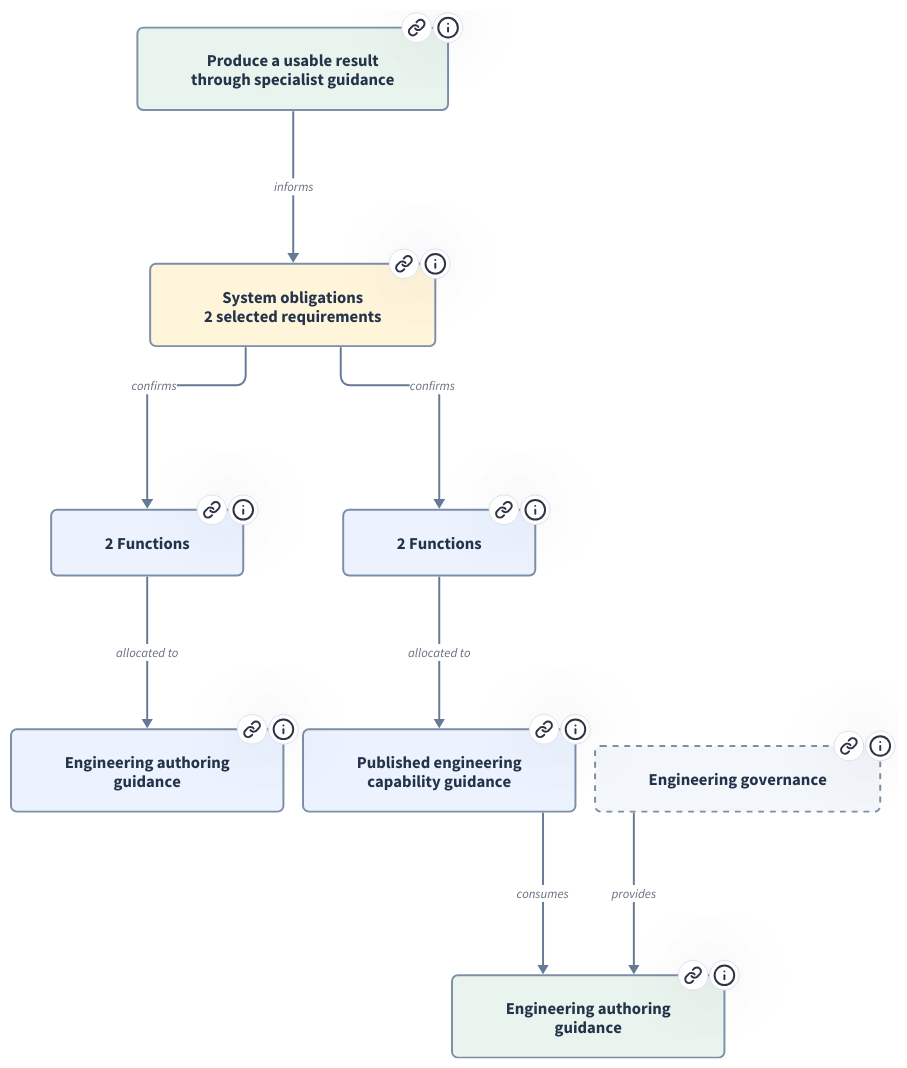
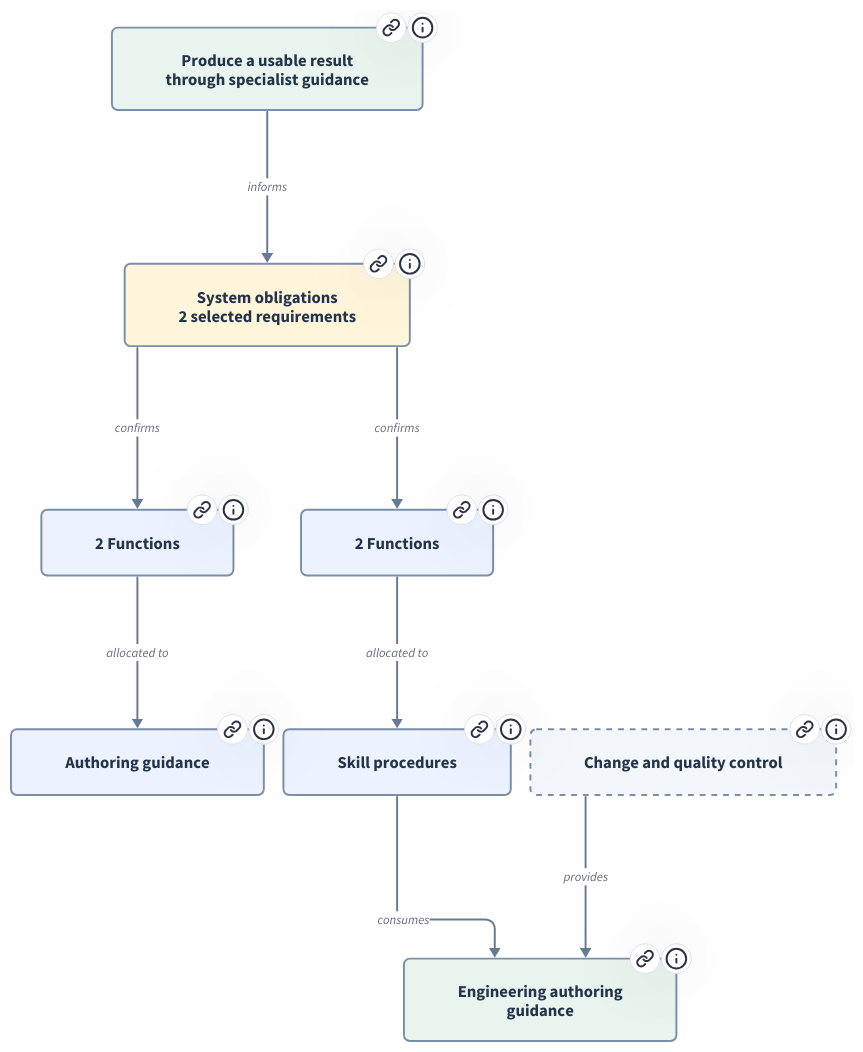
One commit to xiongxianfei/rigorloop changed the diagram in design/architecture/views/browser/diagrams/scenario-SCN-053.d2. Above: the diagram before and after it, drawn with D2. The commit also changed 378 other files, not shown here.

First line of the commit message:
Refine engineering design and architecture browser

```diff
--- a/design/architecture/views/browser/diagrams/scenario-SCN-053.d2
+++ b/design/architecture/views/browser/diagrams/scenario-SCN-053.d2
@@ -1,113 +1,113 @@
 # Generated from canonical REM records; do not edit.
-# Source identity: 2cf8f01cf8087e0b226dbd431d6452970b13954a16b84408d91173987708417e
+# Source identity: 3b423207b261cd33066f4517d60da462b029232e9d9a626120e9b455a4b27e5a
 # Traceability, not execution order. Requirement and behavior sets are collapsed by their exact accountable Module; arrows summarize the selected authored relationships. Dashed Modules provide contract context without receiving behavior allocations. The traceability details and source links below retain the selected entities and their authored basis.
 vars: {d2-config: {layout-engine: elk}}
 direction: down
 scenario: "Produce a usable result\nthrough specialist guidance" {
   link: "#scenario/SCN-053"
   tooltip: "Produce a usable result through specialist guidance (SCN-053)"
   style.fill: "#E9F4EE"
   style.stroke: "#7C8FA9"
   style.font-color: "#23334A"
   style.font-size: 17
   style.border-radius: 6
 }
 requirements: "System obligations\n2 selected requirements" {
   link: "#scenario/SCN-053"
   tooltip: "Guide specialist engineering work with usable scoped outputs (SR-053)\nPreserve guidance meaning and evidence quality across reading paths (SR-056)"
   style.fill: "#FFF5DB"
   style.stroke: "#7C8FA9"
   style.font-color: "#23334A"
   style.font-size: 17
   style.border-radius: 6
 }
 scenario -> requirements: "informs" {
   style.stroke: "#667A96"
   style.fill: "#FFFFFF"
   style.font-size: 13
 }
 m_4d4f442d30303866756e6374696f6e73: "2 Functions" {
   link: "#scenario/SCN-053"
   tooltip: "Select canonical guidance for an authoring activity (FUNC-032)\nExplain engineering authoring and correction steps (FUNC-033)"
   style.fill: "#ECF3FF"
   style.stroke: "#7C8FA9"
   style.font-color: "#23334A"
   style.font-size: 17
   style.border-radius: 6
 }
 requirements -> m_4d4f442d30303866756e6374696f6e73: "confirms" {
   style.stroke: "#667A96"
   style.fill: "#FFFFFF"
   style.font-size: 13
 }
 m_4d4f442d30303866756e6374696f6e73 -> m_4d4f442d303038: "allocated to" {
   style.stroke: "#667A96"
   style.fill: "#FFFFFF"
   style.font-size: 13
 }
 m_4d4f442d30313266756e6374696f6e73: "2 Functions" {
   link: "#scenario/SCN-053"
   tooltip: "Resolve resources for a selected capability path (FUNC-052)\nGuide a bounded specialist engineering activity (FUNC-053)"
   style.fill: "#ECF3FF"
   style.stroke: "#7C8FA9"
   style.font-color: "#23334A"
   style.font-size: 17
   style.border-radius: 6
 }
 requirements -> m_4d4f442d30313266756e6374696f6e73: "confirms" {
   style.stroke: "#667A96"
   style.fill: "#FFFFFF"
   style.font-size: 13
 }
 m_4d4f442d30313266756e6374696f6e73 -> m_4d4f442d303132: "allocated to" {
   style.stroke: "#667A96"
   style.fill: "#FFFFFF"
   style.font-size: 13
 }
-m_4d4f442d303038: "Engineering authoring\nguidance" {
+m_4d4f442d303038: "Authoring guidance" {
   link: "#module/MOD-008"
-  tooltip: "Engineering authoring guidance (MOD-008)"
+  tooltip: "Authoring guidance (MOD-008)"
   style.fill: "#ECF3FF"
   style.stroke: "#7C8FA9"
   style.font-color: "#23334A"
   style.font-size: 17
   style.border-radius: 6
 }
-m_4d4f442d303132: "Published engineering\ncapability guidance" {
+m_4d4f442d303132: "Skill procedures" {
   link: "#module/MOD-012"
-  tooltip: "Published engineering capability guidance (MOD-012)"
+  tooltip: "Skill procedures (MOD-012)"
   style.fill: "#ECF3FF"
   style.stroke: "#7C8FA9"
   style.font-color: "#23334A"
   style.font-size: 17
   style.border-radius: 6
 }
-m_4d4f442d303137: "Engineering governance" {
+m_4d4f442d303137: "Change and quality control" {
   link: "#module/MOD-017"
-  tooltip: "Engineering governance (MOD-017)"
+  tooltip: "Change and quality control (MOD-017)"
   style.fill: "#F3F6FA"
   style.stroke: "#7C8FA9"
   style.font-color: "#23334A"
   style.font-size: 17
   style.border-radius: 6
   style.stroke-dash: 3
 }
 m_49462d303038: "Engineering authoring\nguidance" {
   link: "#interface/IF-008"
   tooltip: "Applicable engineering authoring guidance (IF-008)"
   style.fill: "#E9F4EE"
   style.stroke: "#7C8FA9"
   style.font-color: "#23334A"
   style.font-size: 17
   style.border-radius: 6
 }
 m_4d4f442d303132 -> m_49462d303038: "consumes" {
   style.stroke: "#667A96"
   style.fill: "#FFFFFF"
   style.font-size: 13
 }
 m_4d4f442d303137 -> m_49462d303038: "provides" {
   style.stroke: "#667A96"
   style.fill: "#FFFFFF"
   style.font-size: 13
 }
```
